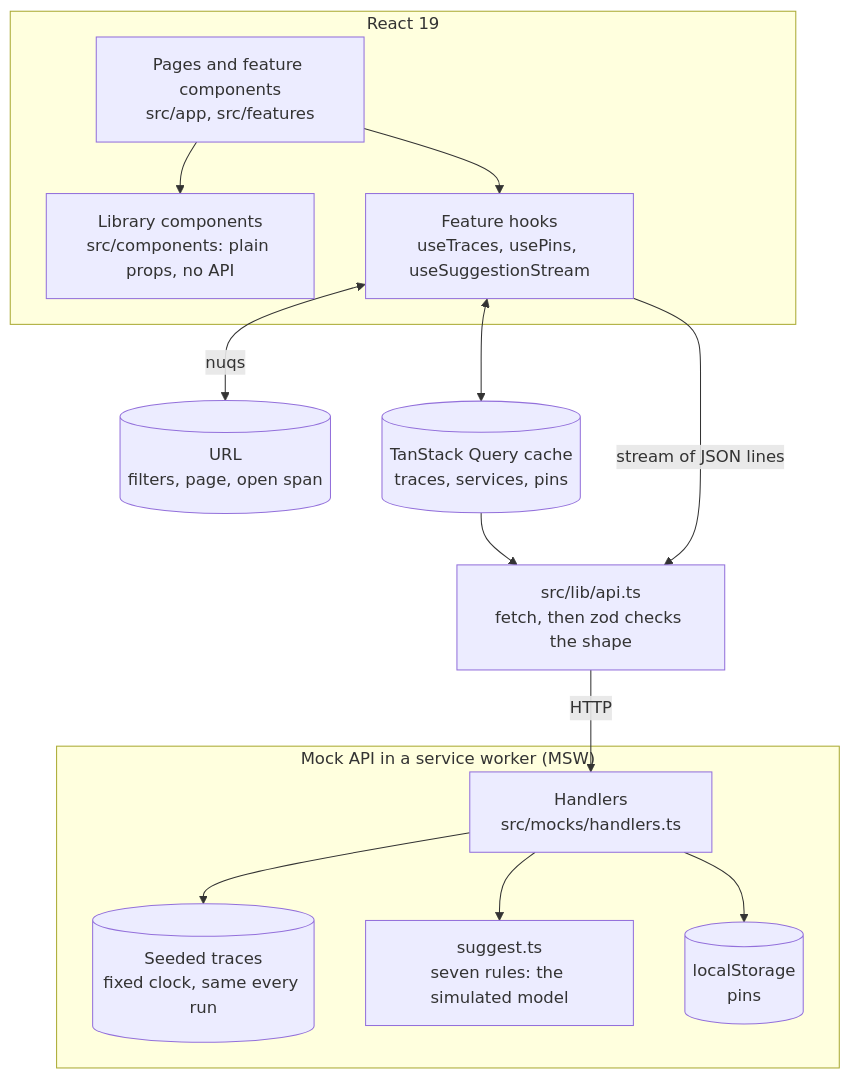
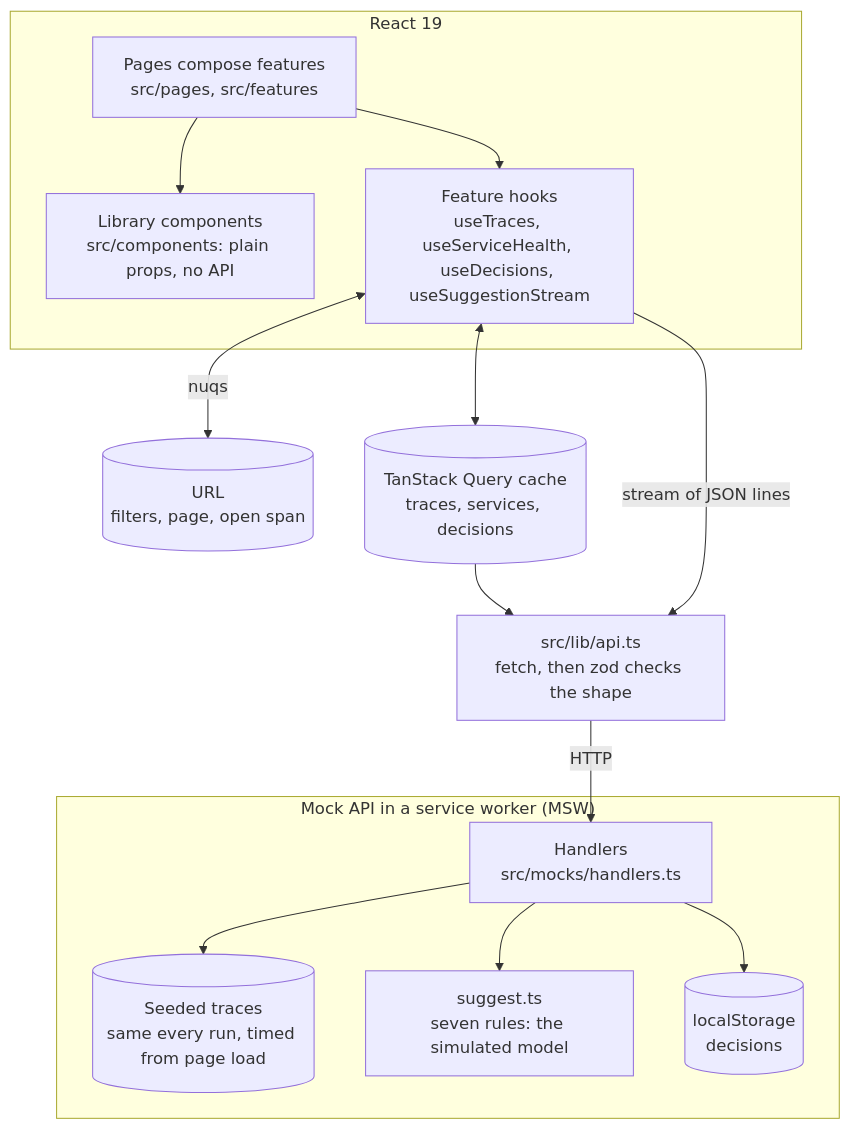
One commit to GiorgiGudadze/Tilda changed the diagram in README.md. Above: the diagram before and after it, drawn with Mermaid. The commit also changed other lines of this file and 147 other files, not shown here.

Commit message:
Add after-review changes: scatter, volume and time-range filters, Services health page, decision record in place of the Investigation page, Simulate control, demo clock from page load, pages layer with decoupled features, and README cleanup

````diff
--- a/README.md
+++ b/README.md
@@ -55,30 +55,30 @@
 ```mermaid
 flowchart TB
   subgraph ui["React 19"]
-    pages["Pages and feature components<br/>src/app, src/features"]
+    pages["Pages compose features<br/>src/pages, src/features"]
     lib["Library components<br/>src/components: plain props, no API"]
-    hooks["Feature hooks<br/>useTraces, usePins, useSuggestionStream"]
+    hooks["Feature hooks<br/>useTraces, useServiceHealth, useDecisions, useSuggestionStream"]
   end
 
   url[("URL<br/>filters, page, open span")]
-  cache[("TanStack Query cache<br/>traces, services, pins")]
+  cache[("TanStack Query cache<br/>traces, services, decisions")]
   api["src/lib/api.ts<br/>fetch, then zod checks the shape"]
 
   subgraph mock["Mock API in a service worker (MSW)"]
     handlers["Handlers<br/>src/mocks/handlers.ts"]
-    seed[("Seeded traces<br/>fixed clock, same every run")]
+    seed[("Seeded traces<br/>same every run, timed from page load")]
     rules["suggest.ts<br/>seven rules: the simulated model"]
-    storage[("localStorage<br/>pins")]
+    storage[("localStorage<br/>decisions")]
   end
 
   pages --> lib
   pages --> hooks
   hooks <-->|nuqs| url
   hooks <--> cache
   cache --> api
   hooks -->|"stream of JSON lines"| api
   api -->|HTTP| handlers
   handlers --> seed
   handlers --> rules
   handlers --> storage
 ```
````
